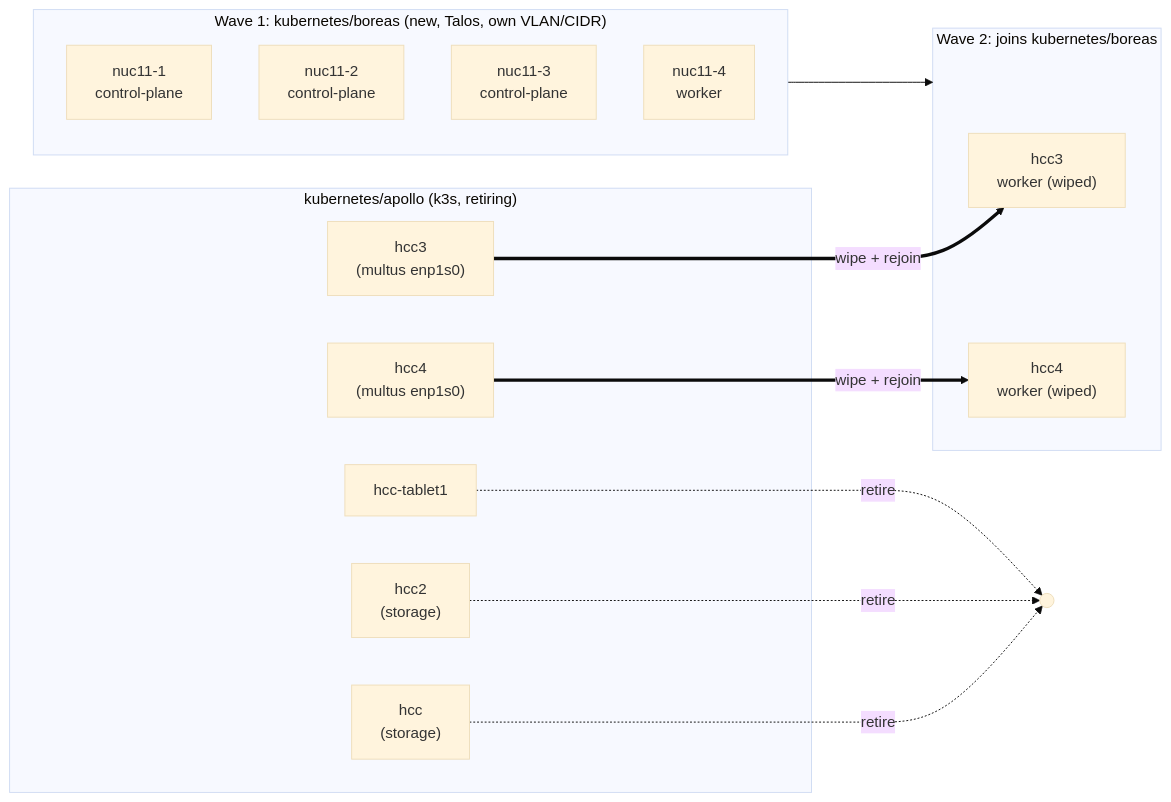
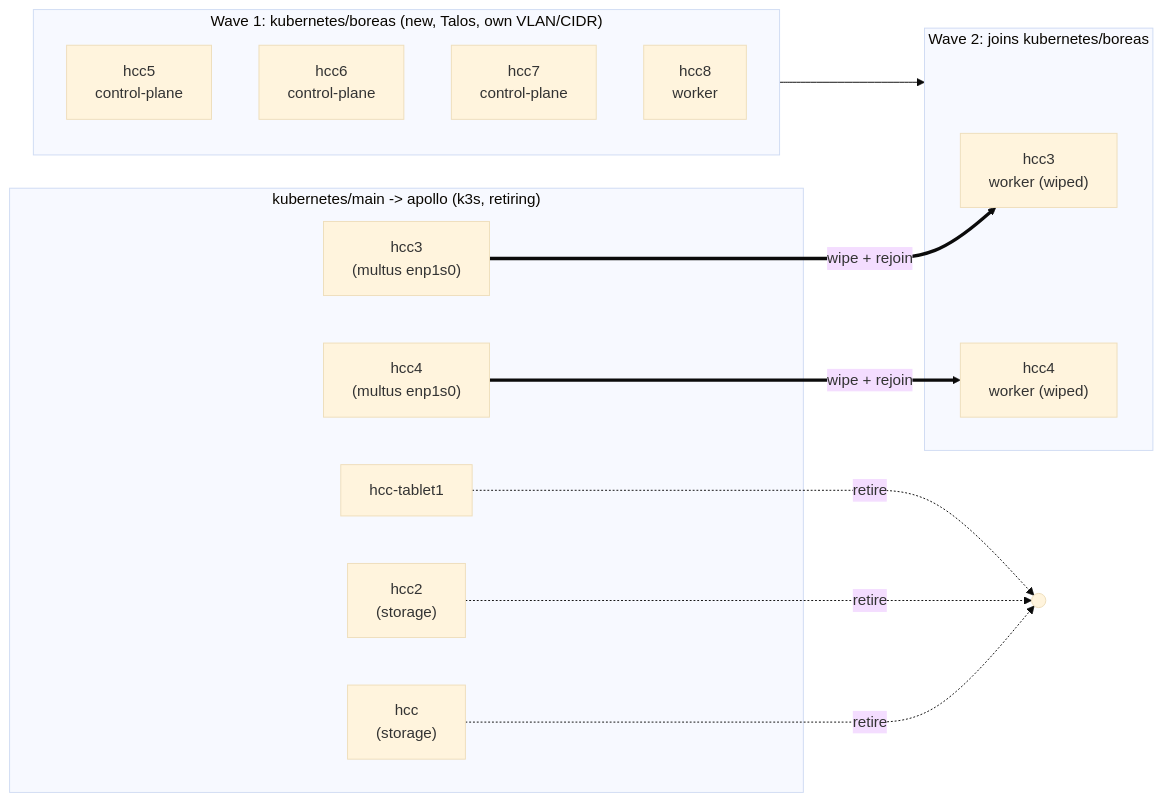
The first of 2 diagrams in plans/20260816-talos-migration.md (evanmoelter/hcc), drawn with Mermaid (base theme) before and after one commit. The commit also changed other lines of this file, not shown here.

Commit message:
plan: defer main->apollo rename, name new nodes hcc5-8, flatten headings

````diff
--- a/plans/20260816-talos-migration.md
+++ b/plans/20260816-talos-migration.md
@@ -34,29 +33,29 @@
 ```mermaid
 flowchart LR
-    subgraph old["kubernetes/apollo (k3s, retiring)"]
+    subgraph old["kubernetes/main -> apollo (k3s, retiring)"]
         hcc["hcc\n(storage)"]
         hcc2["hcc2\n(storage)"]
         tablet["hcc-tablet1"]
         hcc3o["hcc3\n(multus enp1s0)"]
         hcc4o["hcc4\n(multus enp1s0)"]
     end
 
     subgraph w1["Wave 1: kubernetes/boreas (new, Talos, own VLAN/CIDR)"]
-        n1["nuc11-1\ncontrol-plane"]
-        n2["nuc11-2\ncontrol-plane"]
-        n3["nuc11-3\ncontrol-plane"]
-        n4["nuc11-4\nworker"]
+        n1["hcc5\ncontrol-plane"]
+        n2["hcc6\ncontrol-plane"]
+        n3["hcc7\ncontrol-plane"]
+        n4["hcc8\nworker"]
     end
 
     subgraph w2["Wave 2: joins kubernetes/boreas"]
         hcc3n["hcc3\nworker (wiped)"]
         hcc4n["hcc4\nworker (wiped)"]
     end
 
     hcc -.retire.-> X1(( ))
     hcc2 -.retire.-> X1
     tablet -.retire.-> X1
     hcc3o == wipe + rejoin ==> hcc3n
     hcc4o == wipe + rejoin ==> hcc4n
     w1 --> w2
 ```
````
